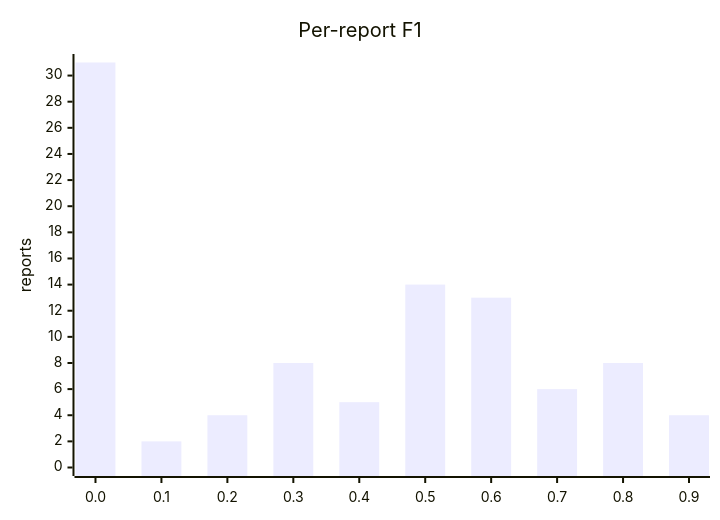
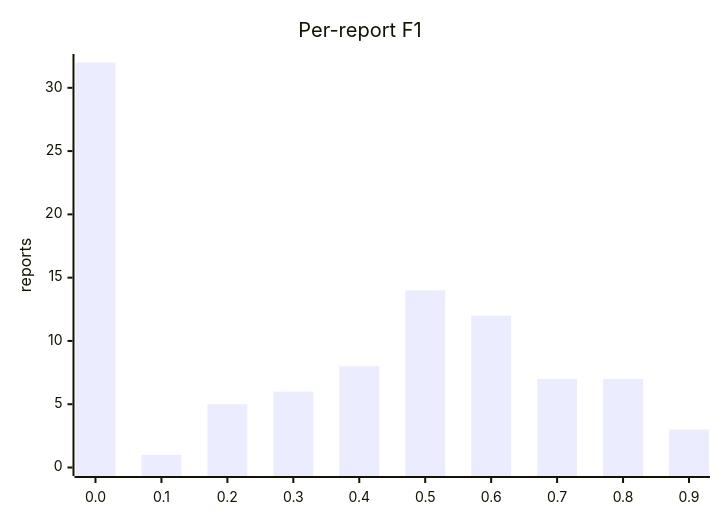
The third of 5 diagrams in docs/BENCHMARKS_extraction.md (MISP/ai-connector), drawn with Mermaid before and after one commit. The commit also changed other lines of this file and 3 other files, not shown here.

````diff
--- a/docs/BENCHMARKS_extraction.md
+++ b/docs/BENCHMARKS_extraction.md
@@ -68,7 +72,7 @@
 ```mermaid
 xychart-beta
   title "Per-report F1"
   x-axis ["0.0", "0.1", "0.2", "0.3", "0.4", "0.5", "0.6", "0.7", "0.8", "0.9"]
-  y-axis "reports" 0 --> 31
-  bar [31, 2, 4, 8, 5, 14, 13, 6, 8, 4]
+  y-axis "reports" 0 --> 32
+  bar [32, 1, 5, 6, 8, 14, 12, 7, 7, 3]
 ```
````
